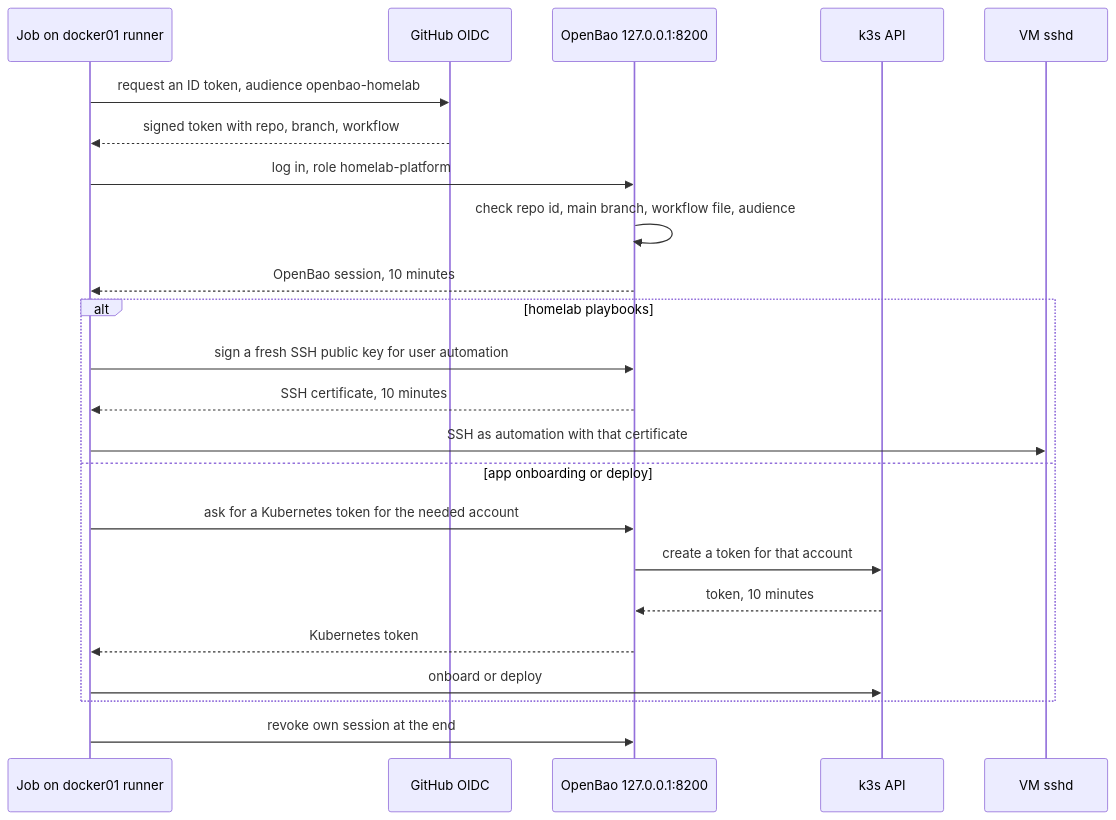
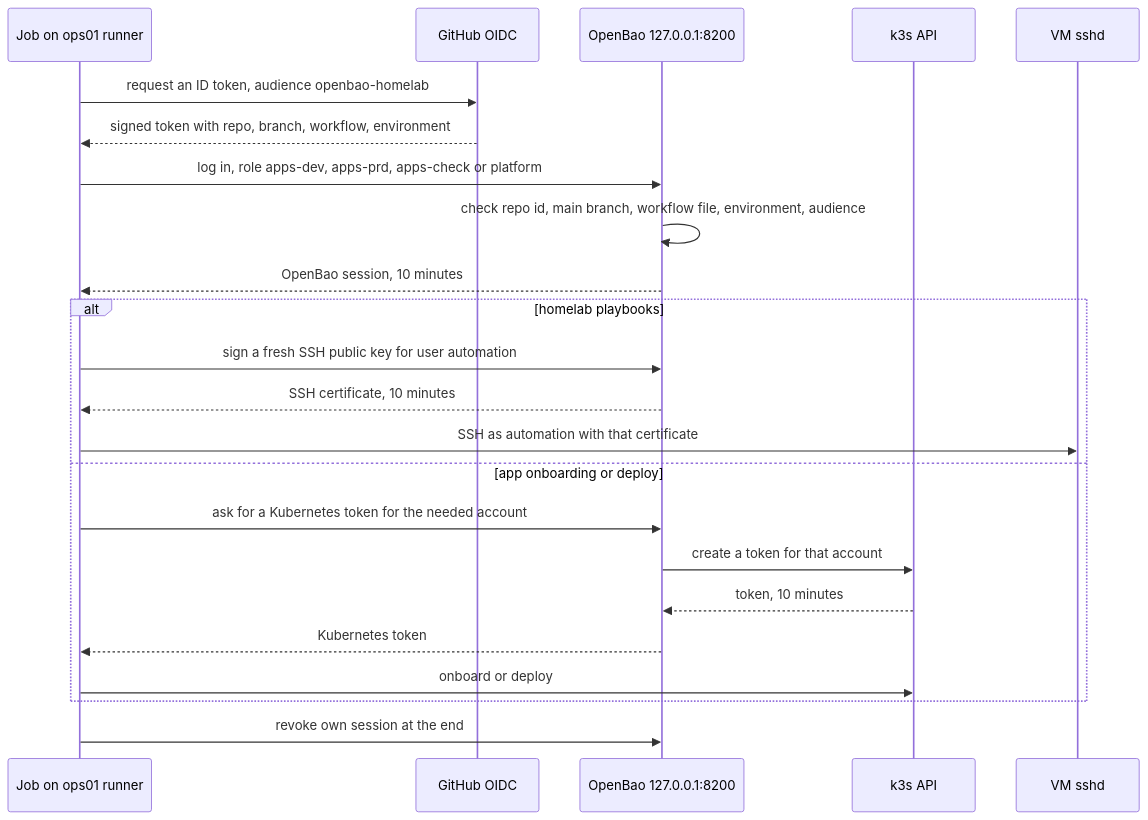
Before and after one commit to Zulhardy/homelab: the diagram in docs/OPENBAO.md, drawn with Mermaid. The commit also changed other lines of this file and 42 other files, not shown here.

````diff
--- a/docs/OPENBAO.md
+++ b/docs/OPENBAO.md
@@ -78,25 +79,25 @@
 ```mermaid
 sequenceDiagram
-    participant J as Job on docker01 runner
+    participant J as Job on ops01 runner
     participant G as GitHub OIDC
     participant B as OpenBao 127.0.0.1:8200
     participant K as k3s API
     participant V as VM sshd
     J->>G: request an ID token, audience openbao-homelab
-    G-->>J: signed token with repo, branch, workflow
-    J->>B: log in, role homelab-platform
-    B->>B: check repo id, main branch, workflow file, audience
+    G-->>J: signed token with repo, branch, workflow, environment
+    J->>B: log in, role apps-dev, apps-prd, apps-check or platform
+    B->>B: check repo id, main branch, workflow file, environment, audience
     B-->>J: OpenBao session, 10 minutes
     alt homelab playbooks
         J->>B: sign a fresh SSH public key for user automation
         B-->>J: SSH certificate, 10 minutes
         J->>V: SSH as automation with that certificate
     else app onboarding or deploy
         J->>B: ask for a Kubernetes token for the needed account
         B->>K: create a token for that account
         K-->>B: token, 10 minutes
         B-->>J: Kubernetes token
         J->>K: onboard or deploy
     end
     J->>B: revoke own session at the end
 ```
````
